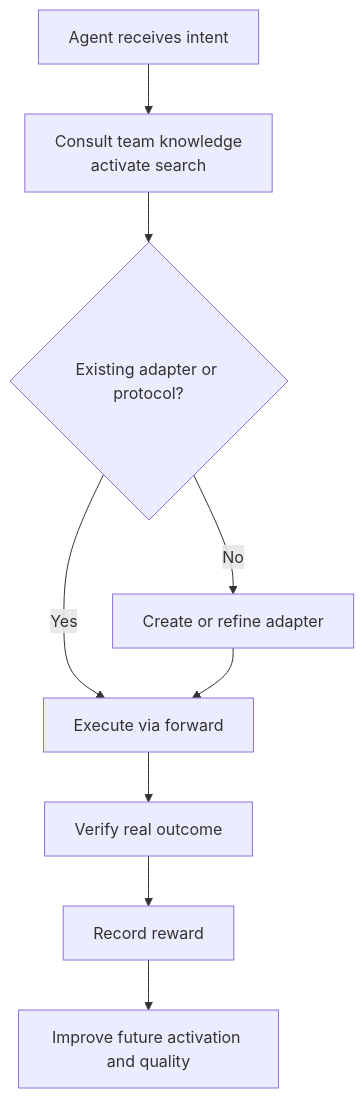
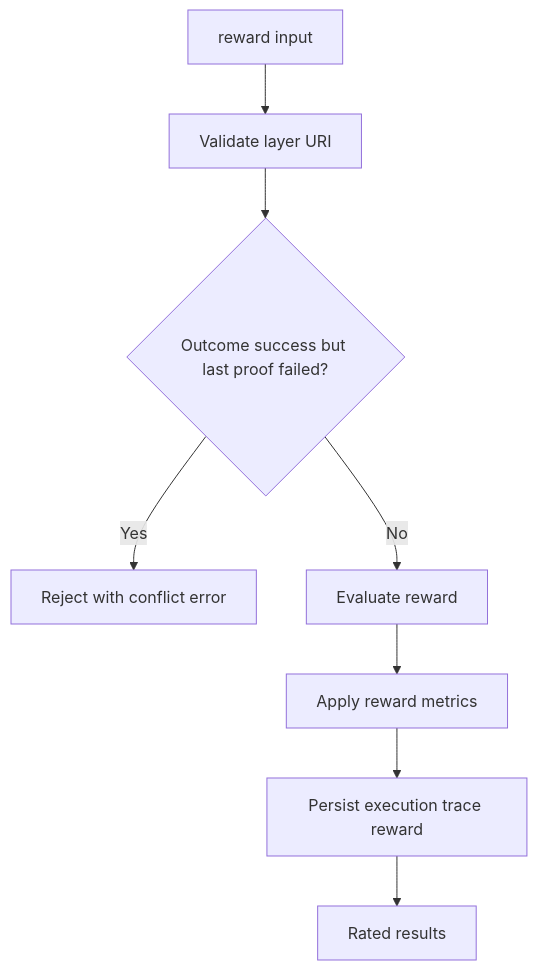
Before and after one commit to SquadRules/mcp: the ninth of 13 diagrams in .qoder/repowiki/en/content/Core Concepts/Core Concepts.md, drawn with Mermaid. The commit also changed other lines of this file and 602 other files, not shown here.

````diff
--- a/.qoder/repowiki/en/content/Core Concepts/Core Concepts.md
+++ b/.qoder/repowiki/en/content/Core Concepts/Core Concepts.md
@@ -378,11 +378,10 @@
 ```mermaid
 flowchart TD
-Intent["Agent receives intent"] --> Consult["Consult team knowledge<br/>activate search"]
-Consult --> Choose{"Existing adapter or protocol?"}
-Choose --> |Yes| Execute["Execute via forward"]
-Choose --> |No| Create["Create or refine adapter"]
-Execute --> Verify["Verify real outcome"]
-Create --> Execute
-Verify --> Reward["Record reward"]
-Reward --> Learn["Improve future activation and quality"]
+Input["reward input"] --> Validate["Validate layer URI"]
+Validate --> Conflict{"Outcome success but last proof failed?"}
+Conflict --> |Yes| Error["Reject with conflict error"]
+Conflict --> |No| Evaluate["Evaluate reward"]
+Evaluate --> Metrics["Apply reward metrics"]
+Metrics --> Persist["Persist execution trace reward"]
+Persist --> Output["Rated results"]
 ```
````
